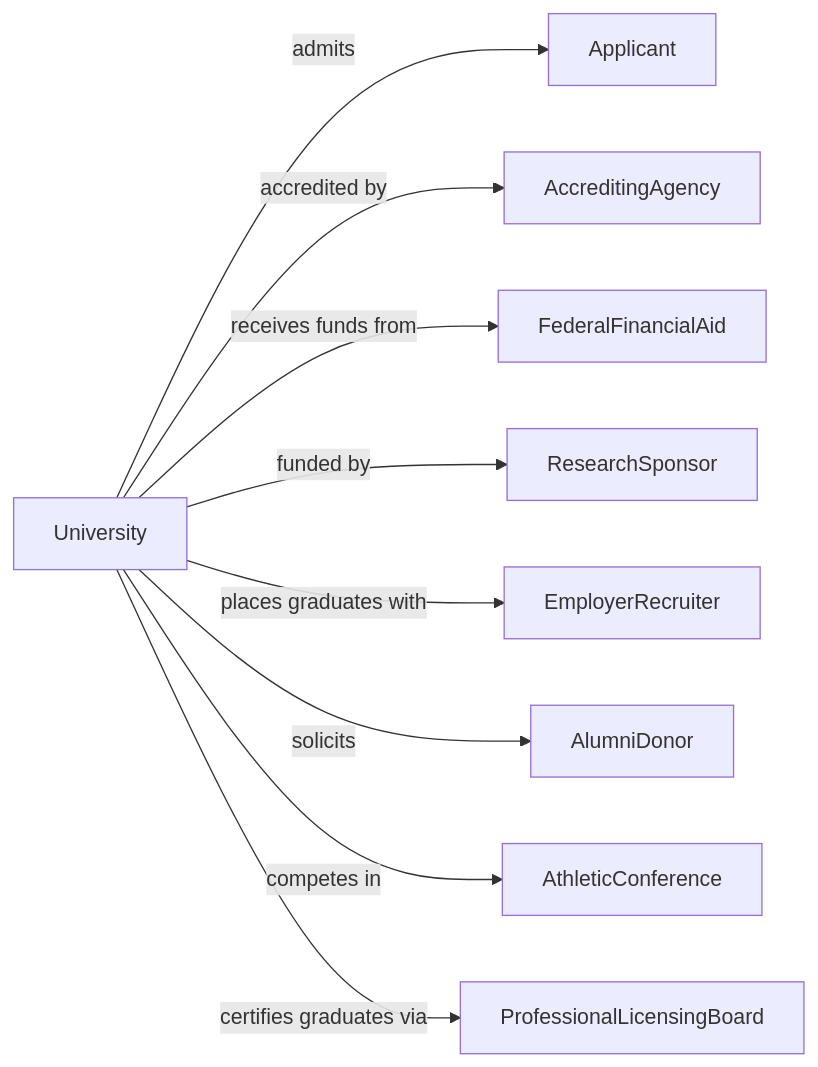
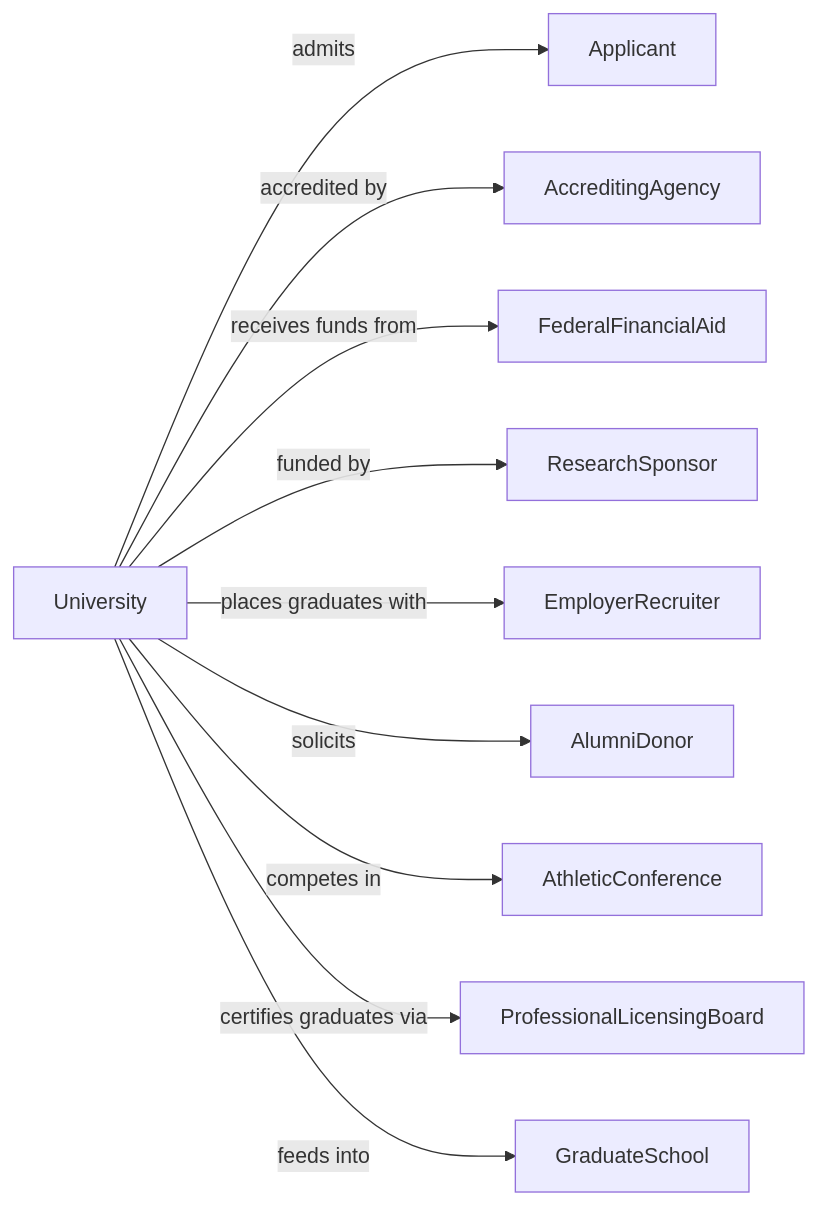
Before and after one commit to dot-org-ai/industries.org.ai: the second of 2 diagrams in Education/Education/CollegesUniversitiesAndProfessionalSchools/CollegesUniversitiesAndProfessionalSchools.mdx, drawn with Mermaid. The commit also changed 588 other files, not shown here.

````diff
--- a/Education/Education/CollegesUniversitiesAndProfessionalSchools/CollegesUniversitiesAndProfessionalSchools.mdx
+++ b/Education/Education/CollegesUniversitiesAndProfessionalSchools/CollegesUniversitiesAndProfessionalSchools.mdx
@@ -141,13 +141,14 @@
 ```mermaid
 graph LR
     U[University]
 
     U -->|admits| Applicant
     U -->|accredited by| AccreditingAgency
     U -->|receives funds from| FederalFinancialAid
     U -->|funded by| ResearchSponsor
     U -->|places graduates with| EmployerRecruiter
     U -->|solicits| AlumniDonor
     U -->|competes in| AthleticConference
     U -->|certifies graduates via| ProfessionalLicensingBoard
+    U -->|feeds into| GraduateSchool
 ```
````
